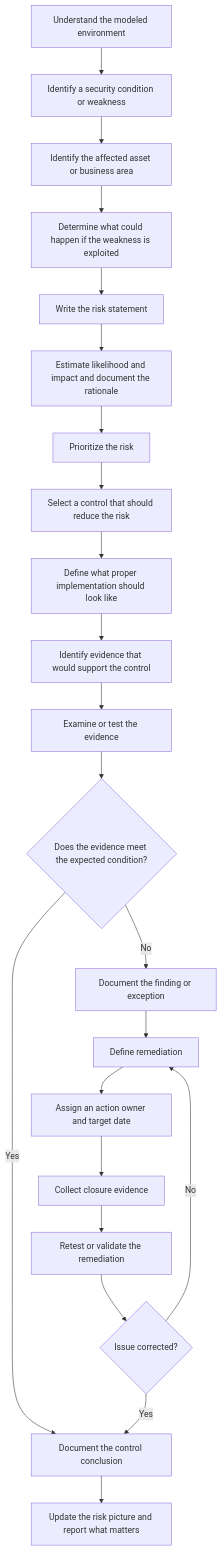
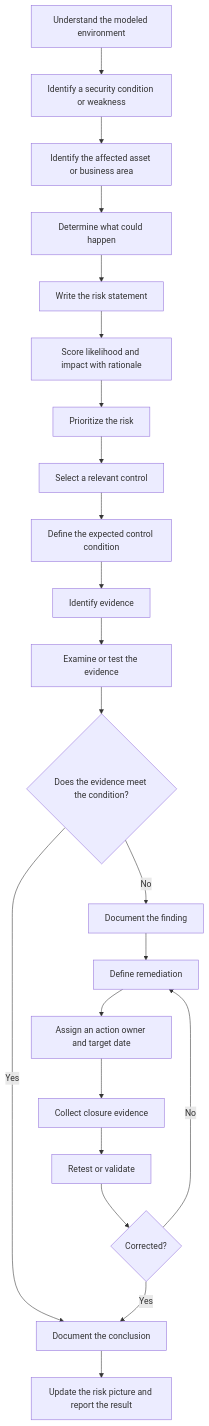
One commit to mcoza/Federal-Zero-Trust-GRC-Portfolio changed the diagram in README.md. Above: the diagram before and after it, drawn with Mermaid. The commit also changed other lines of this file, not shown here.

````diff
--- a/README.md
+++ b/README.md
@@ -44,24 +25,24 @@
 ```mermaid
 flowchart TD
     A[Understand the modeled environment] --> B[Identify a security condition or weakness]
     B --> C[Identify the affected asset or business area]
-    C --> D[Determine what could happen if the weakness is exploited]
+    C --> D[Determine what could happen]
     D --> E[Write the risk statement]
-    E --> F[Estimate likelihood and impact and document the rationale]
+    E --> F[Score likelihood and impact with rationale]
     F --> G[Prioritize the risk]
-    G --> H[Select a control that should reduce the risk]
-    H --> I[Define what proper implementation should look like]
-    I --> J[Identify evidence that would support the control]
+    G --> H[Select a relevant control]
+    H --> I[Define the expected control condition]
+    I --> J[Identify evidence]
     J --> K[Examine or test the evidence]
-    K --> L{Does the evidence meet the expected condition?}
-    L -->|Yes| M[Document the control conclusion]
-    L -->|No| N[Document the finding or exception]
+    K --> L{Does the evidence meet the condition?}
+    L -->|Yes| M[Document the conclusion]
+    L -->|No| N[Document the finding]
     N --> O[Define remediation]
     O --> P[Assign an action owner and target date]
     P --> Q[Collect closure evidence]
-    Q --> R[Retest or validate the remediation]
-    R --> S{Issue corrected?}
+    Q --> R[Retest or validate]
+    R --> S{Corrected?}
     S -->|Yes| M
     S -->|No| O
-    M --> T[Update the risk picture and report what matters]
+    M --> T[Update the risk picture and report the result]
 ```
````
